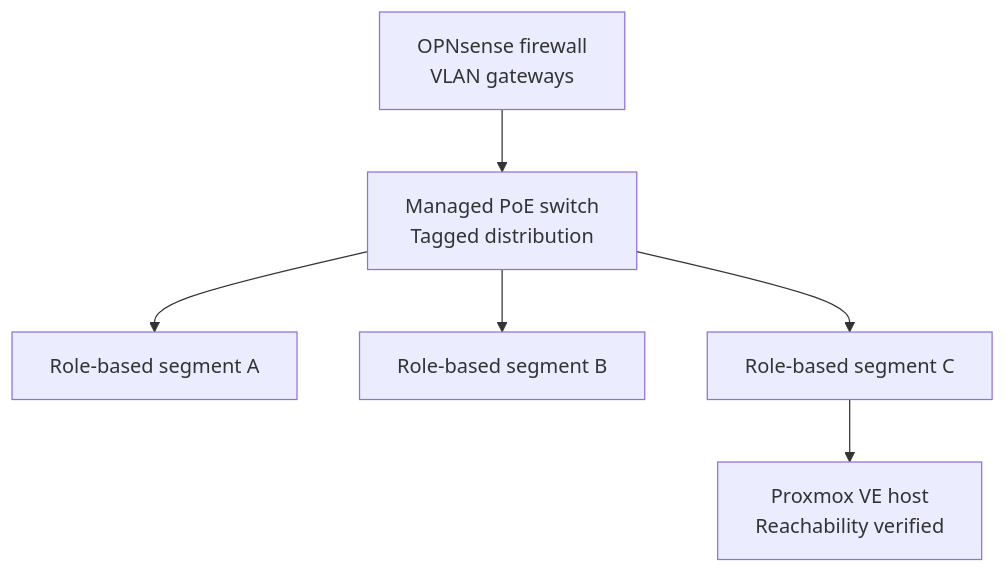
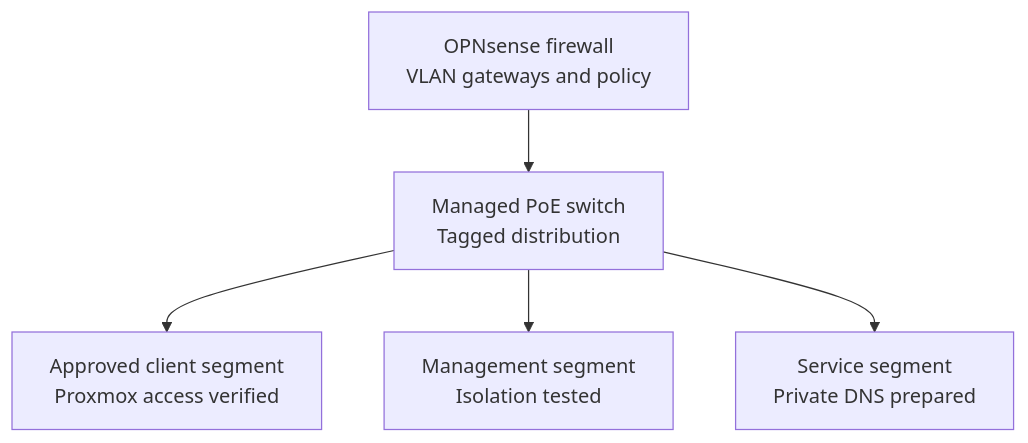
The second of 3 diagrams in docs/architecture.md (DeadPol8789/homelab), drawn with Mermaid before and after one commit. The commit also changed other lines of this file and 8 other files, not shown here.

````diff
--- a/docs/architecture.md
+++ b/docs/architecture.md
@@ -44,8 +44,7 @@
 ```mermaid
 flowchart TD
-    FW["OPNsense firewall<br/>VLAN gateways"] --> SW["Managed PoE switch<br/>Tagged distribution"]
-    SW --> SEG_A["Role-based segment A"]
-    SW --> SEG_B["Role-based segment B"]
-    SW --> SEG_C["Role-based segment C"]
-    SEG_C --> PVE["Proxmox VE host<br/>Reachability verified"]
+    FW["OPNsense firewall<br/>VLAN gateways and policy"] --> SW["Managed PoE switch<br/>Tagged distribution"]
+    SW --> ZONE_A["Approved client segment<br/>Proxmox access verified"]
+    SW --> ZONE_B["Management segment<br/>Isolation tested"]
+    SW --> ZONE_C["Service segment<br/>Private DNS prepared"]
 ```
````
